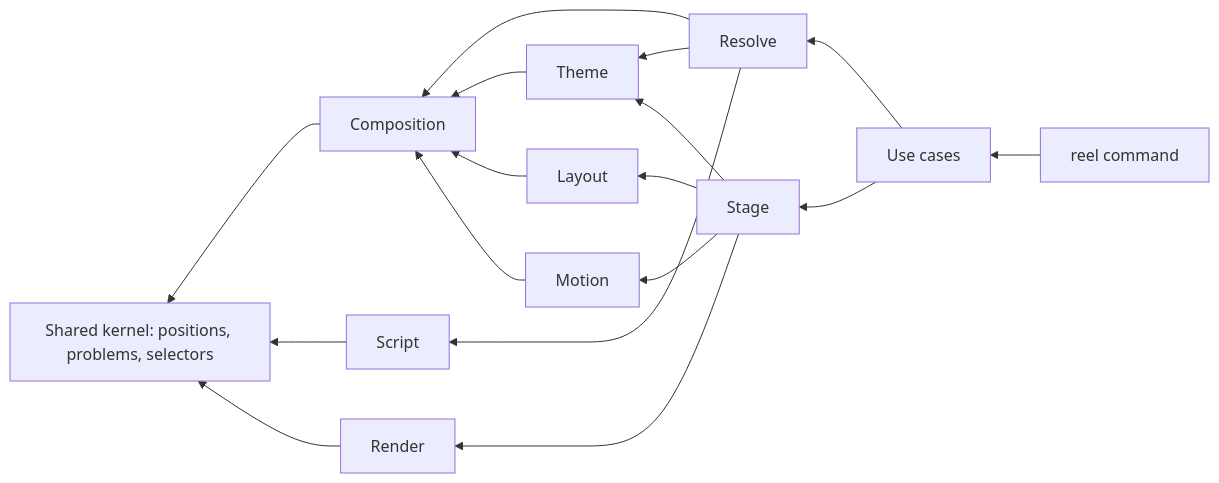
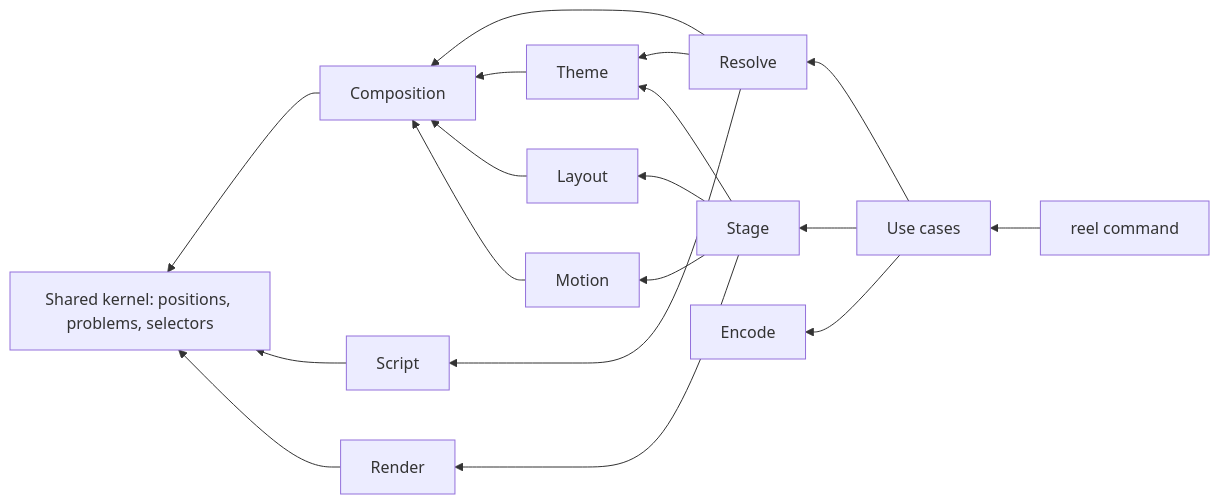
Before and after one commit to nessalabs/nessa-video: the diagram in docs/state/domain-language.md, drawn with Mermaid. The commit also changed other lines of this file and 23 other files, not shown here.

````diff
--- a/docs/state/domain-language.md
+++ b/docs/state/domain-language.md
@@ -27,19 +29,20 @@
 ```mermaid
 flowchart RL
     Resolve[Resolve] --> Script[Script]
     Resolve --> Composition[Composition]
     Resolve --> Theme[Theme]
     Theme --> Composition
     Composition --> Kernel[Shared kernel: positions, problems, selectors]
     Script --> Kernel
     Render[Render] --> Kernel
     Layout[Layout] --> Composition
     Motion[Motion] --> Composition
     Stage[Stage] --> Layout
     Stage --> Motion
     Stage --> Render
     Stage --> Theme
     App[Use cases] --> Resolve
     App --> Stage
+    App --> Encode[Encode]
     CLI[reel command] --> App
 ```
````
